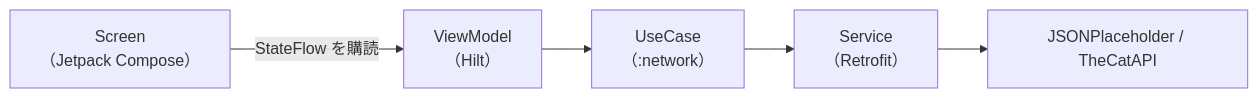
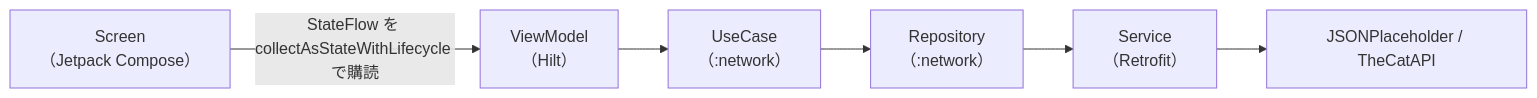
The second of 2 diagrams in README.md (NaCl5alt/sampleAndroidApps), drawn with Mermaid before and after one commit. The commit also changed other lines of this file, not shown here.

Commit message:
READMEに公式の推奨事項との対応を追記し、構成図とテストの説明を更新する

````diff
--- a/README.md
+++ b/README.md
@@ -47,7 +47,8 @@
 ```mermaid
 graph LR
-    screen["Screen<br/>（Jetpack Compose）"] -- "StateFlow を購読" --> vm["ViewModel<br/>（Hilt）"]
+    screen["Screen<br/>（Jetpack Compose）"] -- "StateFlow を collectAsStateWithLifecycle で購読" --> vm["ViewModel<br/>（Hilt）"]
     vm --> usecase["UseCase<br/>（:network）"]
-    usecase --> service["Service<br/>（Retrofit）"]
+    usecase --> repository["Repository<br/>（:network）"]
+    repository --> service["Service<br/>（Retrofit）"]
     service --> api["JSONPlaceholder / TheCatAPI"]
 ```
````
